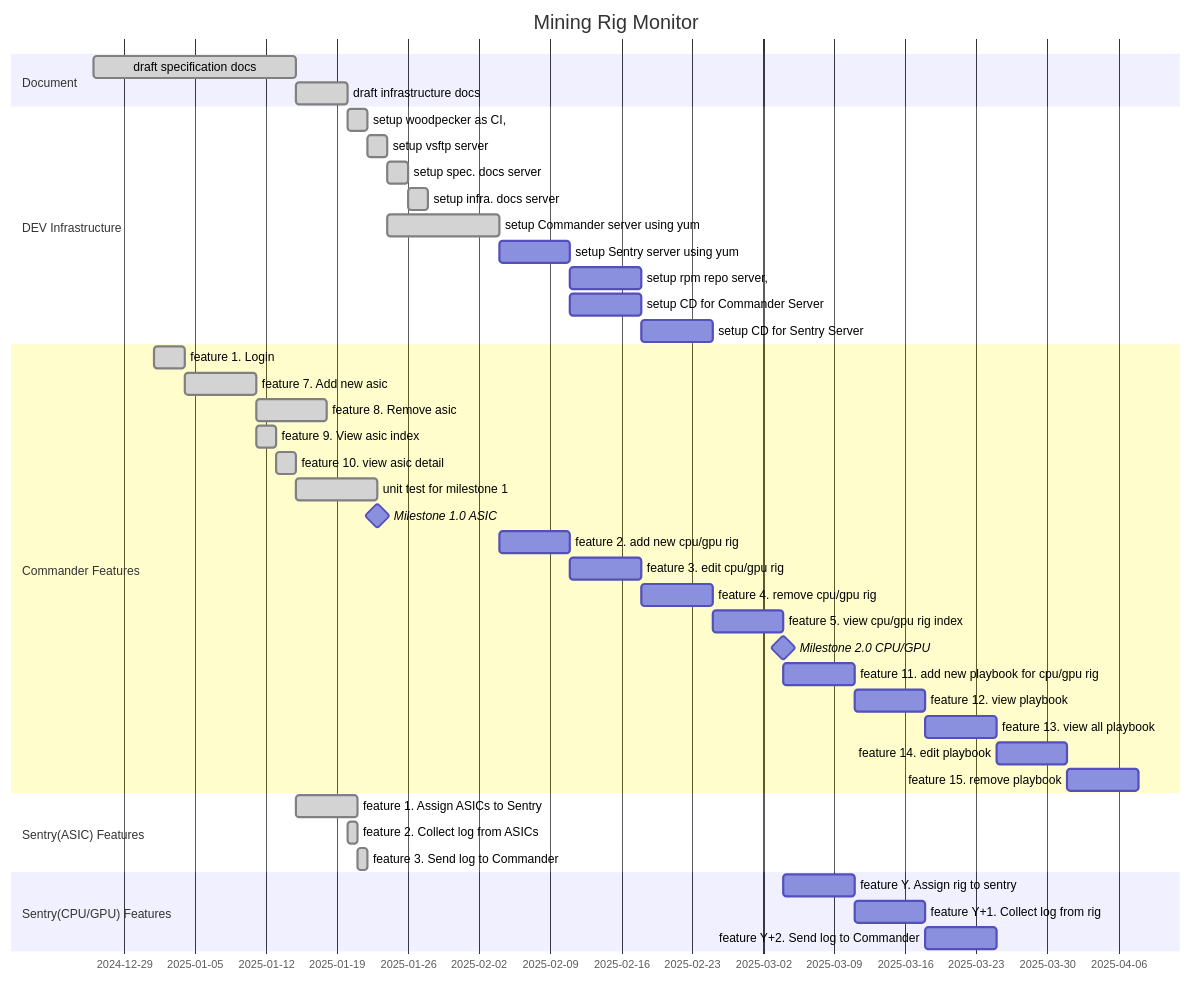
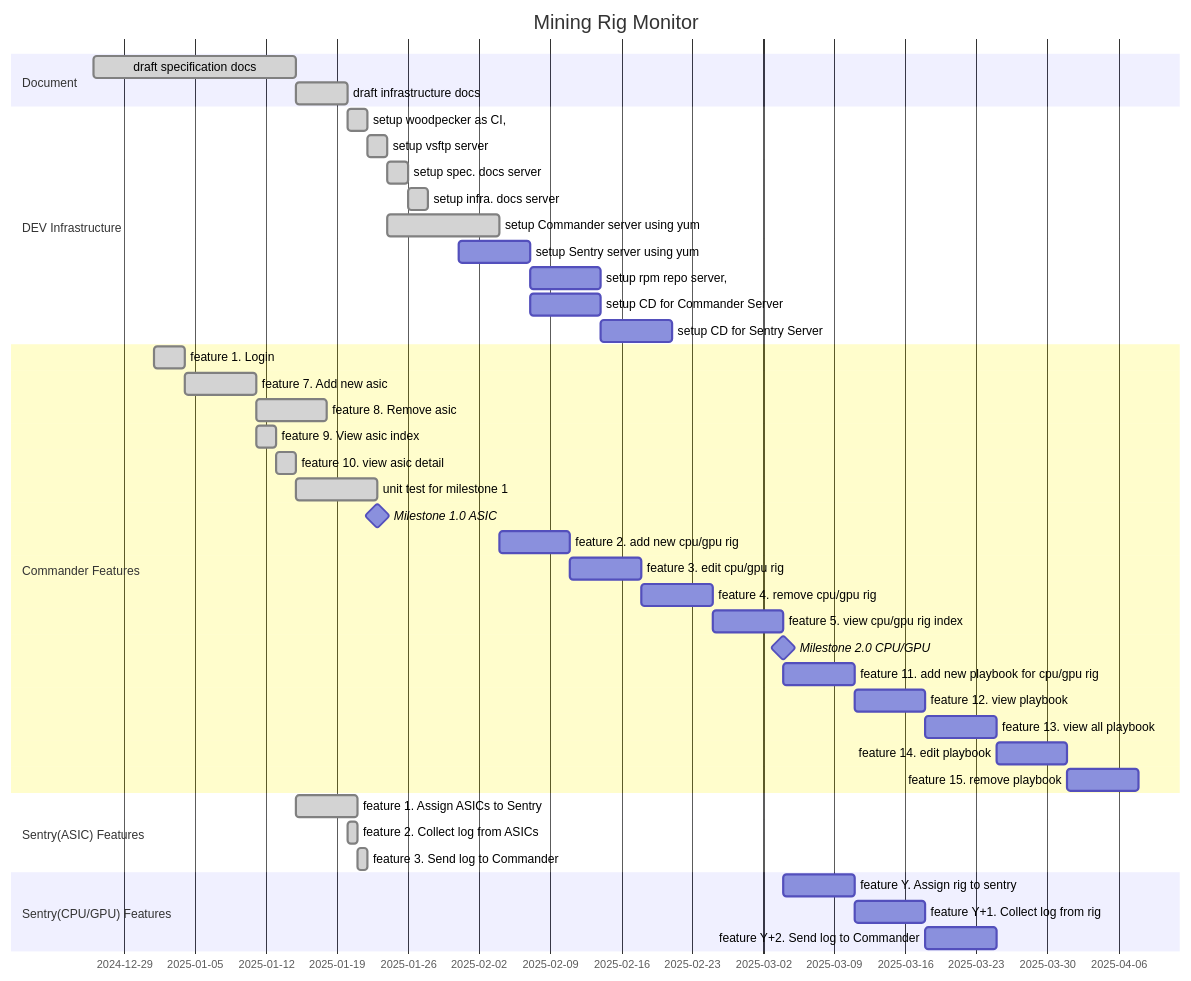
Before and after one commit to nguyenvinhlinh/Mining-Rig-Monitor-Document: the diagram in docs/06-project-management.md, drawn with Mermaid. The commit also changed 4 other files, not shown here.

````diff
--- a/docs/06-project-management.md
+++ b/docs/06-project-management.md
@@ -8,55 +8,55 @@
 ```mermaid
 gantt
     title Mining Rig Monitor
     dateFormat YYYY-MM-DD
 
     section Document
         draft specification  docs      :done, wsd, 2024-12-26, 20d
         draft infrastructure docs      :done, wid, after wsd, 5d
     section DEV Infrastructure
         setup woodpecker as CI,        :done, swci, after wid, 2d
         setup vsftp server             :done, svsftp, after swci, 2d
         setup spec. docs server        :done, ssds, after svsftp, 2d
         setup infra. docs server       :done, sids, after ssds, 2d
 
 
         setup Commander server using yum :done, scs, 2025-01-24, 2025-02-04
-        setup Sentry server using yum    :sss, after scs, 1w
+        setup Sentry server using yum    :sss, 2025-01-31, 1w
         setup rpm repo server,          :srps, after sss, 1w
         setup CD for Commander Server   :scdcs, after sss, 1w
         setup CD for Sentry Server      :scdss, after scdcs, 1w
     section Commander Features
         feature  1. Login              :done, f01, 2025-01-01, 3d
 
         feature  7. Add new asic       :done, f07, after f01, 1w
         feature  8. Remove asic        :done, f08, after f07, 1w
         feature  9. View asic index    :done, f09, 2025-01-11, 2025-01-13
         feature 10. view asic detail   :done, f10, 2025-01-13, 2025-01-15
         unit test for milestone 1      :done, ut1, 2025-01-15, 2025-01-23
 
         Milestone 1.0 ASIC:            milestone, m1, 2025-01-23, 4m
 
         feature 2. add new cpu/gpu rig    :f02, after scs, 1w
         feature 3. edit cpu/gpu rig       :f03, after f02, 1w
         feature 4. remove cpu/gpu rig     :f04, after f03, 1w
         feature 5. view cpu/gpu rig index :f05, after f04, 1w
 
         Milestone 2.0 CPU/GPU: milestone, m2, after f05, 2m
 
         feature 11. add new playbook for cpu/gpu rig  :f11, after f05, 1w
         feature 12. view playbook                     :f12, after f11, 1w
         feature 13. view all playbook                 :f13, after f12, 1w
         feature 14. edit playbook                     :f14, after f13, 1w
         feature 15. remove playbook                   :f15, after f14, 1w
 
     section Sentry(ASIC) Features
         feature 1. Assign ASICs to Sentry    :done, aats, 2025-01-15, 2025-01-21
         feature 2. Collect log from ASICs    :done, clfa, 2025-01-20, 2025-01-21
         feature 3. Send log to Commander     :done, sltc, 2025-01-21, 2025-01-22
 
     section Sentry(CPU/GPU) Features
         feature Y. Assign rig to sentry    :fy, after f05, 1w
         feature Y+1. Collect log from rig  :fy1, after fy, 1w
         feature Y+2. Send log to Commander :fy2, after fy1, 1w
 
 ```
````
